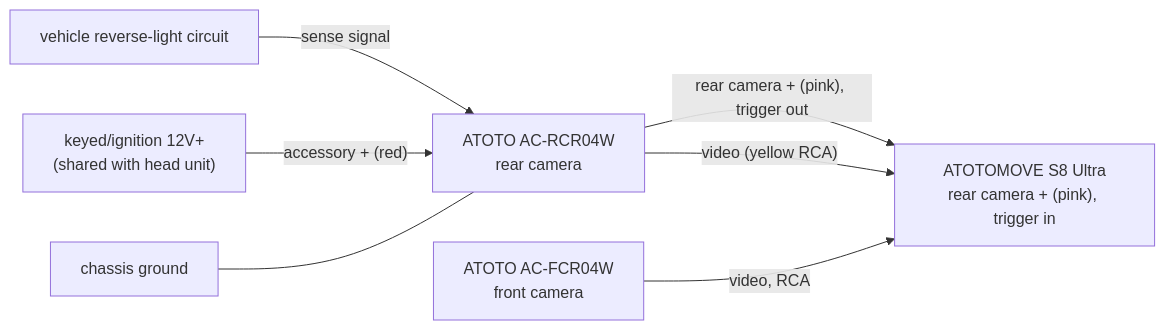
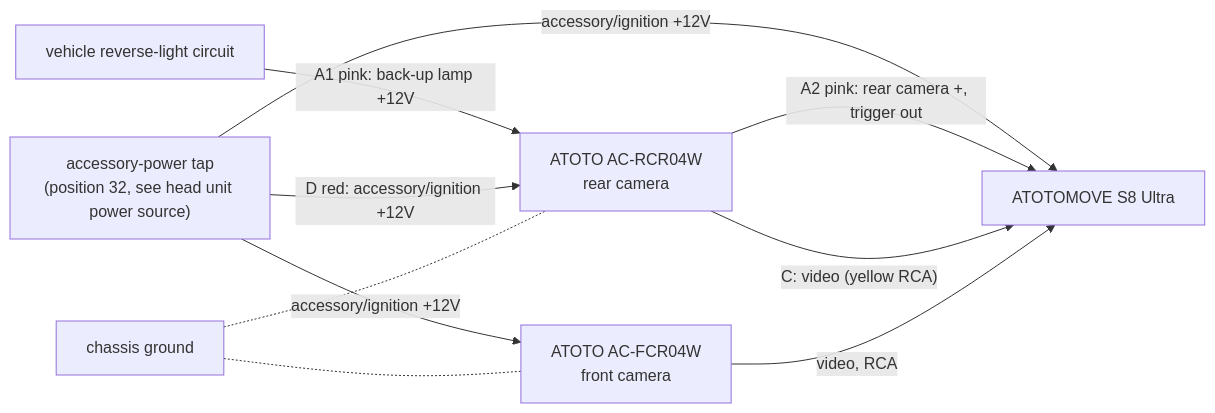
Before and after one commit to timit/vandalia: the first of 3 diagrams in audio/PLAN.md, drawn with Mermaid. The commit also changed other lines of this file and 9 other files, not shown here.

````diff
--- a/audio/PLAN.md
+++ b/audio/PLAN.md
@@ -9,9 +9,12 @@
 ```mermaid
 flowchart LR
-  revlight["vehicle reverse-light circuit"] -->|"sense signal"| rearcam["ATOTO AC-RCR04W<br/>rear camera"]
-  keyed["keyed/ignition 12V+<br/>(shared with head unit)"] -->|"accessory + (red)"| rearcam
-  rearcam -->|"rear camera + (pink), trigger out"| headunit["ATOTOMOVE S8 Ultra<br/>rear camera + (pink), trigger in"]
-  rearcam -->|"video (yellow RCA)"| headunit
-  frontcam["ATOTO AC-FCR04W<br/>front camera"] -->|"video, RCA"| headunit
-  gnd["chassis ground"] --- rearcam
+  revlight["vehicle reverse-light circuit"] -->|"A1 pink: back-up lamp +12V"| rearcam["ATOTO AC-RCR04W<br/>rear camera"]
+  acc32["accessory-power tap<br/>(position 32, see head unit power source)"] -->|"D red: accessory/ignition +12V"| rearcam
+  acc32 -->|"accessory/ignition +12V"| frontcam["ATOTO AC-FCR04W<br/>front camera"]
+  acc32 -->|"accessory/ignition +12V"| headunit["ATOTOMOVE S8 Ultra"]
+  rearcam -->|"A2 pink: rear camera +, trigger out"| headunit
+  rearcam -->|"C: video (yellow RCA)"| headunit
+  frontcam -->|"video, RCA"| headunit
+  gnd["chassis ground"] -.- rearcam
+  gnd -.- frontcam
 ```
````
